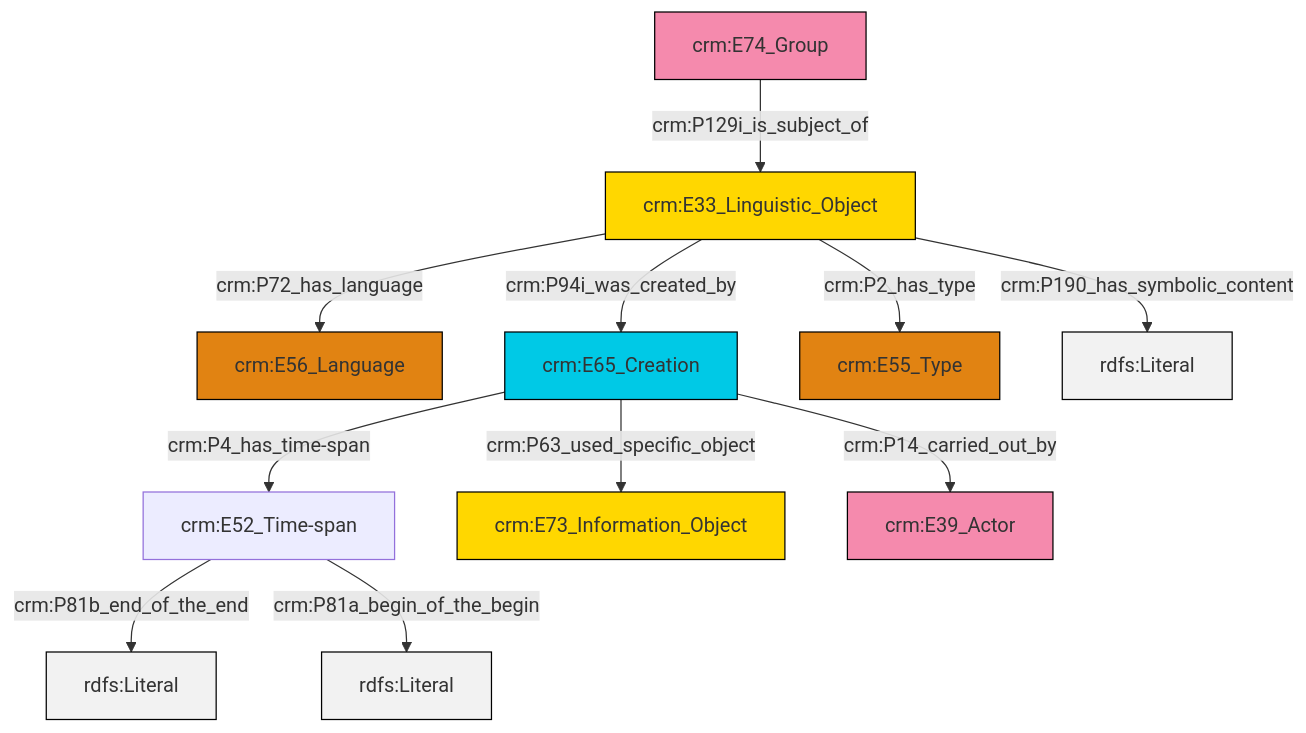
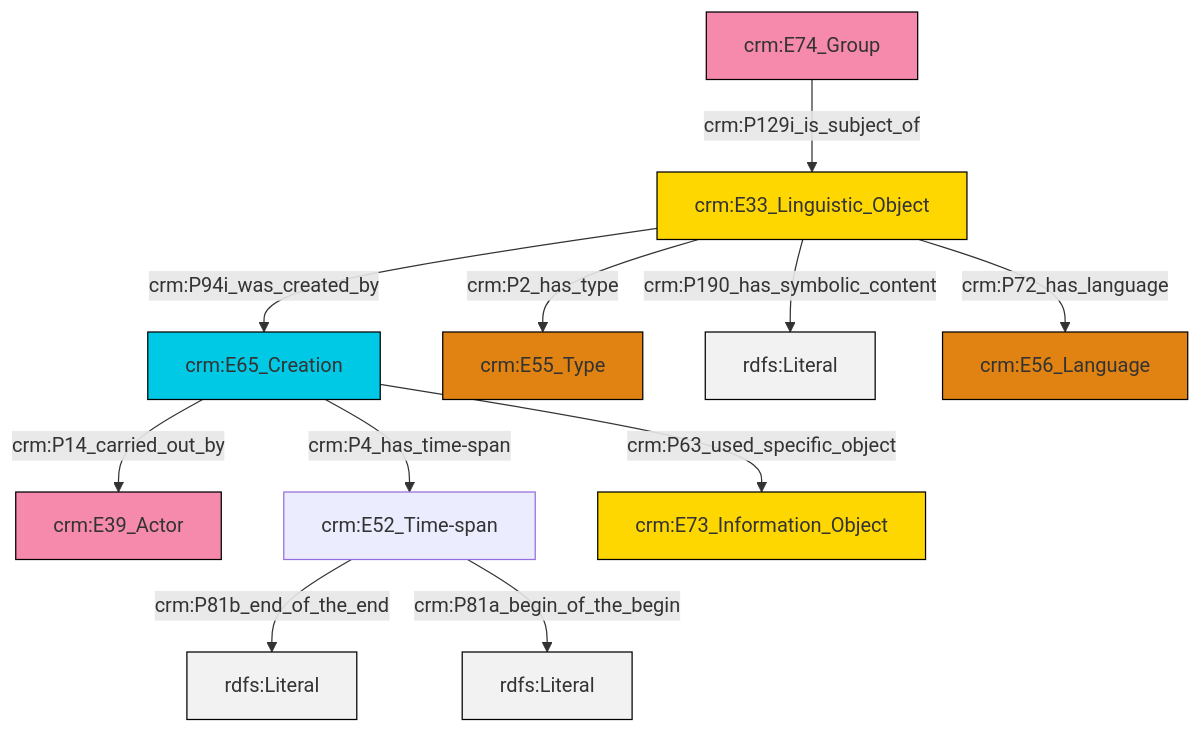
Before and after one commit to swiss-art-research-net/reference-data-models: the diagram in et/groupCSV/ttl/mmd/group_description.ttl.mmd, drawn with Mermaid. The commit also changed 128 other files, not shown here.

```diff
--- a/et/groupCSV/ttl/mmd/group_description.ttl.mmd
+++ b/et/groupCSV/ttl/mmd/group_description.ttl.mmd
@@ -1,25 +1,25 @@
 graph TD
 classDef Literal fill:#f2f2f2,stroke:#000000;
 classDef CRM_Entity fill:#FFFFFF,stroke:#000000;
 classDef Temporal_Entity fill:#00C9E6, stroke:#000000;
 classDef Type fill:#E18312, stroke:#000000;
 classDef Time-Span fill:#2C9C91, stroke:#000000;
 classDef Appellation fill:#FFEB7F, stroke:#000000;
 classDef Place fill:#008836, stroke:#000000;
 classDef Persistent_Item fill:#B266B2, stroke:#000000;
 classDef Conceptual_Object fill:#FFD700, stroke:#000000;
 classDef Physical_Thing fill:#D2B48C, stroke:#000000;
 classDef Actor fill:#f58aad, stroke:#000000;
 classDef PC_Classes fill:#4ce600, stroke:#000000;
 classDef Multi fill:#cccccc,stroke:#000000;
 
-2["crm:E33_Linguistic_Object"]:::Conceptual_Object -->|crm:P72_has_language| 3["crm:E56_Language"]:::Type
-4["crm:E65_Creation"]:::Temporal_Entity -->|crm:P63_used_specific_object| 5["crm:E73_Information_Object"]:::Conceptual_Object
-6["crm:E74_Group"]:::Actor -->|crm:P129i_is_subject_of| 2["crm:E33_Linguistic_Object"]:::Conceptual_Object
-4["crm:E65_Creation"]:::Temporal_Entity -->|crm:P14_carried_out_by| 7["crm:E39_Actor"]:::Actor
-0["crm:E52_Time-span"]:::Default -->|crm:P81b_end_of_the_end| 9[rdfs:Literal]:::Literal
-4["crm:E65_Creation"]:::Temporal_Entity -->|crm:P4_has_time-span| 0["crm:E52_Time-span"]:::Default
-0["crm:E52_Time-span"]:::Default -->|crm:P81a_begin_of_the_begin| 11[rdfs:Literal]:::Literal
-2["crm:E33_Linguistic_Object"]:::Conceptual_Object -->|crm:P94i_was_created_by| 4["crm:E65_Creation"]:::Temporal_Entity
-2["crm:E33_Linguistic_Object"]:::Conceptual_Object -->|crm:P2_has_type| 13["crm:E55_Type"]:::Type
-2["crm:E33_Linguistic_Object"]:::Conceptual_Object -->|crm:P190_has_symbolic_content| 18[rdfs:Literal]:::Literal
+0["crm:E65_Creation"]:::Temporal_Entity -->|crm:P14_carried_out_by| 1["crm:E39_Actor"]:::Actor
+4["crm:E33_Linguistic_Object"]:::Conceptual_Object -->|crm:P2_has_type| 5["crm:E55_Type"]:::Type
+4["crm:E33_Linguistic_Object"]:::Conceptual_Object -->|crm:P94i_was_created_by| 0["crm:E65_Creation"]:::Temporal_Entity
+0["crm:E65_Creation"]:::Temporal_Entity -->|crm:P4_has_time-span| 2["crm:E52_Time-span"]:::Default
+4["crm:E33_Linguistic_Object"]:::Conceptual_Object -->|crm:P190_has_symbolic_content| 9[rdfs:Literal]:::Literal
+2["crm:E52_Time-span"]:::Default -->|crm:P81b_end_of_the_end| 10[rdfs:Literal]:::Literal
+7["crm:E74_Group"]:::Actor -->|crm:P129i_is_subject_of| 4["crm:E33_Linguistic_Object"]:::Conceptual_Object
+4["crm:E33_Linguistic_Object"]:::Conceptual_Object -->|crm:P72_has_language| 15["crm:E56_Language"]:::Type
+0["crm:E65_Creation"]:::Temporal_Entity -->|crm:P63_used_specific_object| 11["crm:E73_Information_Object"]:::Conceptual_Object
+2["crm:E52_Time-span"]:::Default -->|crm:P81a_begin_of_the_begin| 17[rdfs:Literal]:::Literal
```
